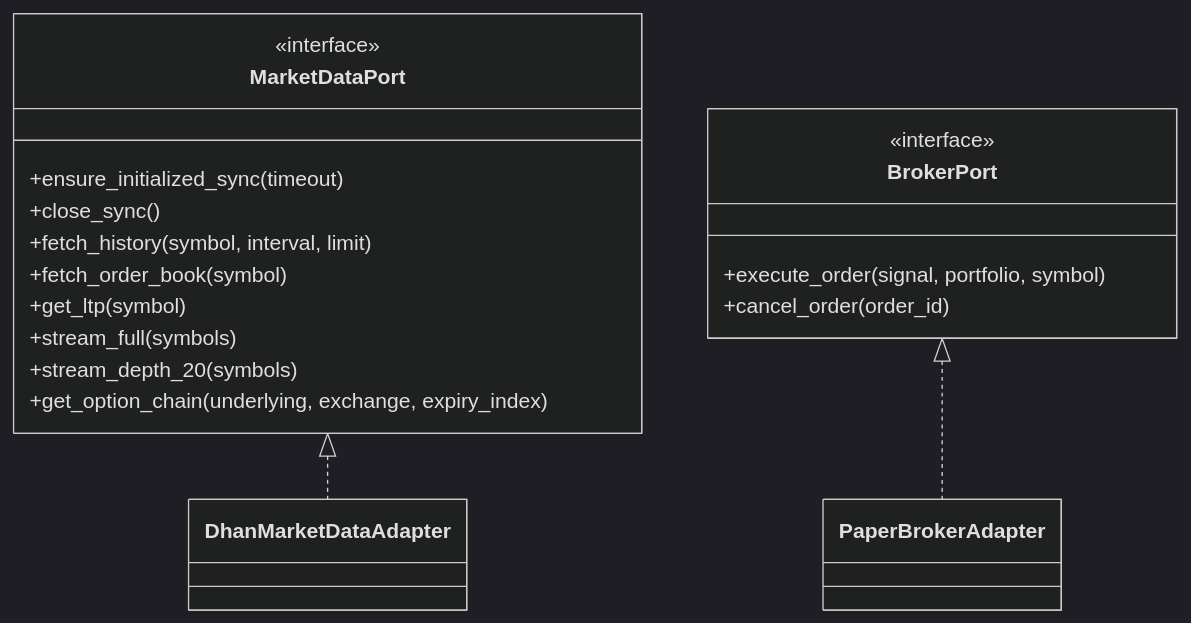
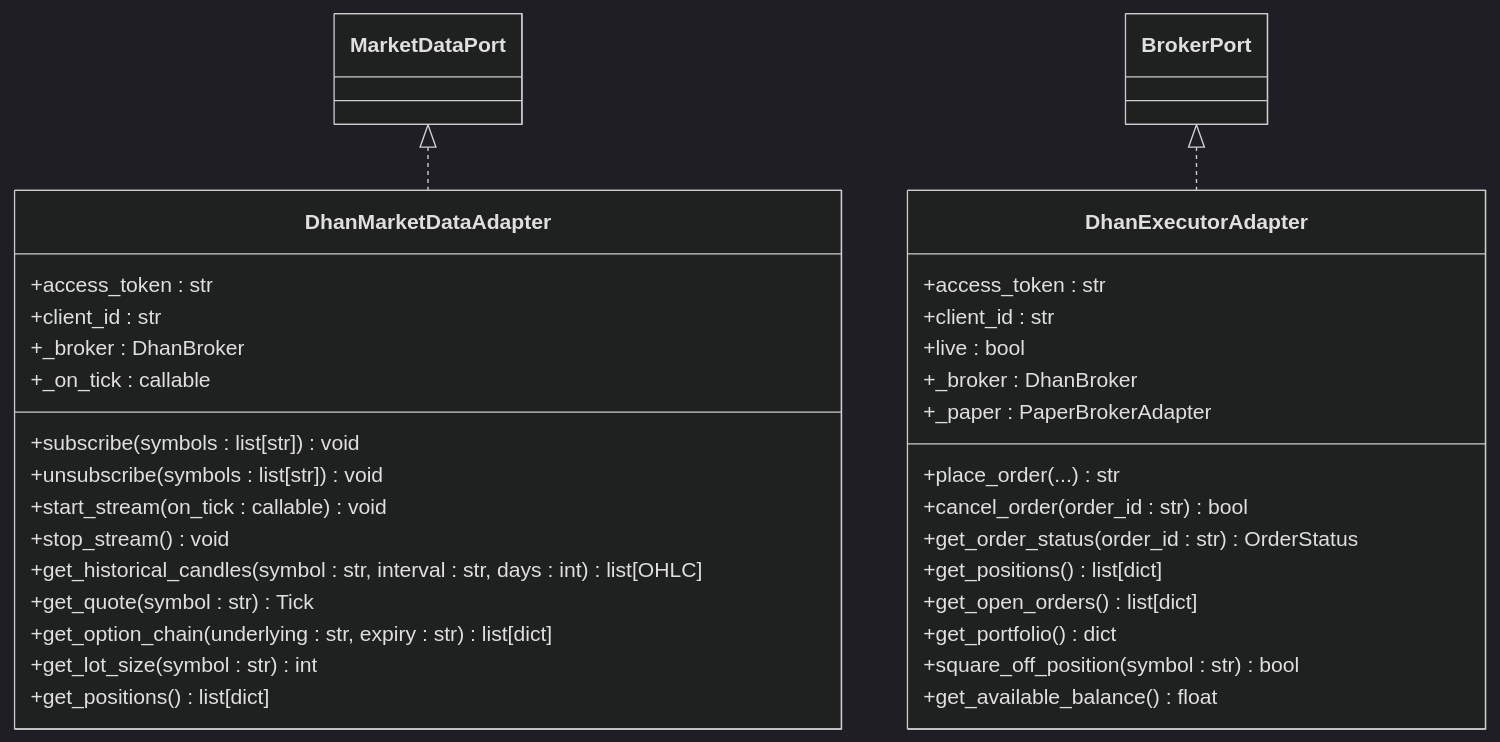
Before and after one commit to gemrajkhatry-maker/v5-of-glassytrade-ai: the sixth of 9 diagrams in .qoder/repowiki/en/content/System Overview/Architecture Overview.md, drawn with Mermaid (dark theme). The commit also changed other lines of this file and 930 other files, not shown here.

````diff
--- a/.qoder/repowiki/en/content/System Overview/Architecture Overview.md
+++ b/.qoder/repowiki/en/content/System Overview/Architecture Overview.md
@@ -238,23 +285,35 @@
 ```mermaid
 classDiagram
-class MarketDataPort {
-<<interface>>
-+ensure_initialized_sync(timeout)
-+close_sync()
-+fetch_history(symbol, interval, limit)
-+fetch_order_book(symbol)
-+get_ltp(symbol)
-+stream_full(symbols)
-+stream_depth_20(symbols)
-+get_option_chain(underlying, exchange, expiry_index)
+class DhanMarketDataAdapter {
++access_token : str
++client_id : str
++_broker : DhanBroker
++_on_tick : callable
++subscribe(symbols : list[str]) void
++unsubscribe(symbols : list[str]) void
++start_stream(on_tick : callable) void
++stop_stream() void
++get_historical_candles(symbol : str, interval : str, days : int) list[OHLC]
++get_quote(symbol : str) Tick
++get_option_chain(underlying : str, expiry : str) list[dict]
++get_lot_size(symbol : str) int
++get_positions() list[dict]
 }
-class DhanMarketDataAdapter
+class DhanExecutorAdapter {
++access_token : str
++client_id : str
++live : bool
++_broker : DhanBroker
++_paper : PaperBrokerAdapter
++place_order(...) str
++cancel_order(order_id : str) bool
++get_order_status(order_id : str) OrderStatus
++get_positions() list[dict]
++get_open_orders() list[dict]
++get_portfolio() dict
++square_off_position(symbol : str) bool
++get_available_balance() float
+}
 MarketDataPort <|.. DhanMarketDataAdapter
-class BrokerPort {
-<<interface>>
-+execute_order(signal, portfolio, symbol)
-+cancel_order(order_id)
-}
-class PaperBrokerAdapter
-BrokerPort <|.. PaperBrokerAdapter
+BrokerPort <|.. DhanExecutorAdapter
 ```
````
